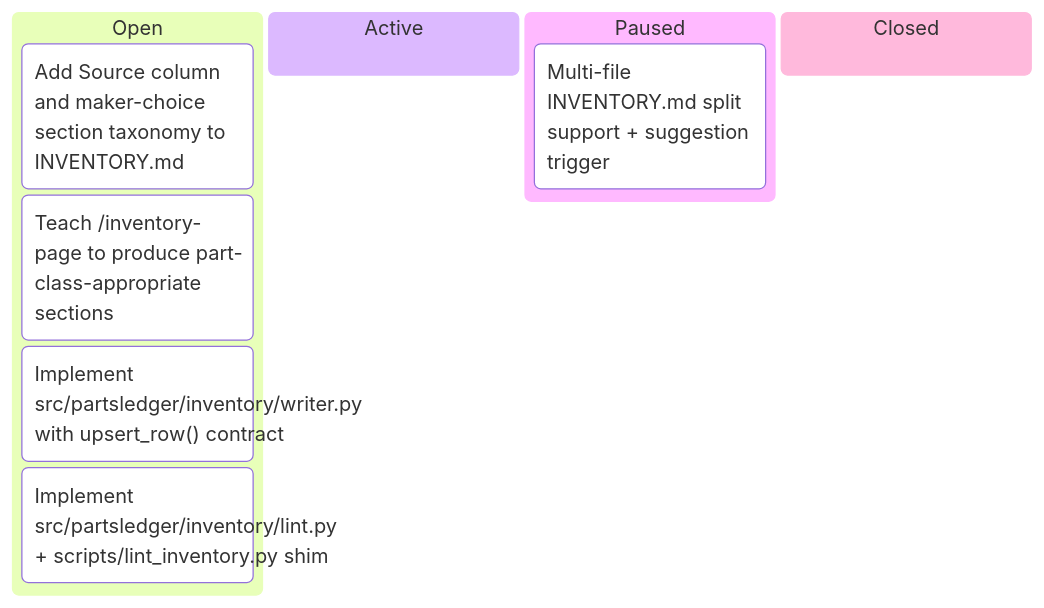
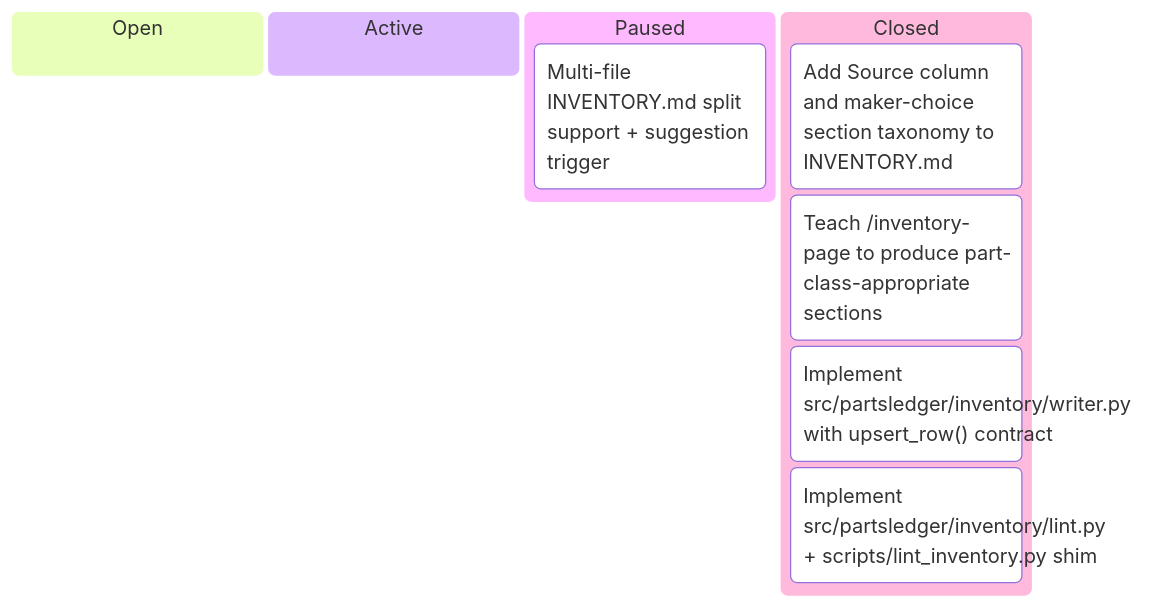
The second of 8 diagrams in docs/developers/tasks/KANBAN.md (tgd1975/PartsLedger), drawn with Mermaid before and after one commit. The commit also changed other lines of this file and 25 other files, not shown here.

````diff
--- a/docs/developers/tasks/KANBAN.md
+++ b/docs/developers/tasks/KANBAN.md
@@ -25,12 +25,12 @@
 ```mermaid
 kanban
   Open
+  Active
+  Paused
+    TASK_018["Multi-file INVENTORY.md split support + suggestion trigger"]
+  Closed
     TASK_014["Add Source column and maker-choice section taxonomy to INVENTORY.md"]
     TASK_015["Teach /inventory-page to produce part-class-appropriate sections"]
     TASK_016["Implement src/partsledger/inventory/writer.py with upsert_row() contract"]
     TASK_017["Implement src/partsledger/inventory/lint.py + scripts/lint_inventory.py shim"]
-  Active
-  Paused
-    TASK_018["Multi-file INVENTORY.md split support + suggestion trigger"]
-  Closed
 ```
````
